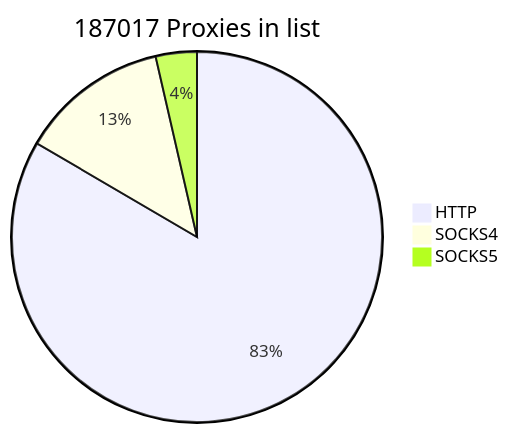
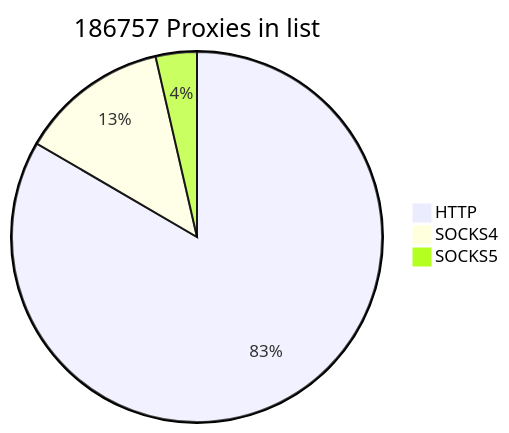
Before and after one commit to cutipu/proxylist: the first of 2 diagrams in README.md, drawn with Mermaid. The commit also changed other lines of this file, not shown here.

````diff
--- a/README.md
+++ b/README.md
@@ -2,7 +2,7 @@
 ```mermaid
-pie title 187017 Proxies in list
-    "HTTP" : 156020
+pie title 186757 Proxies in list
+    "HTTP" : 155760
     "SOCKS4" : 24287
     "SOCKS5" : 6710
             
 ```
````
